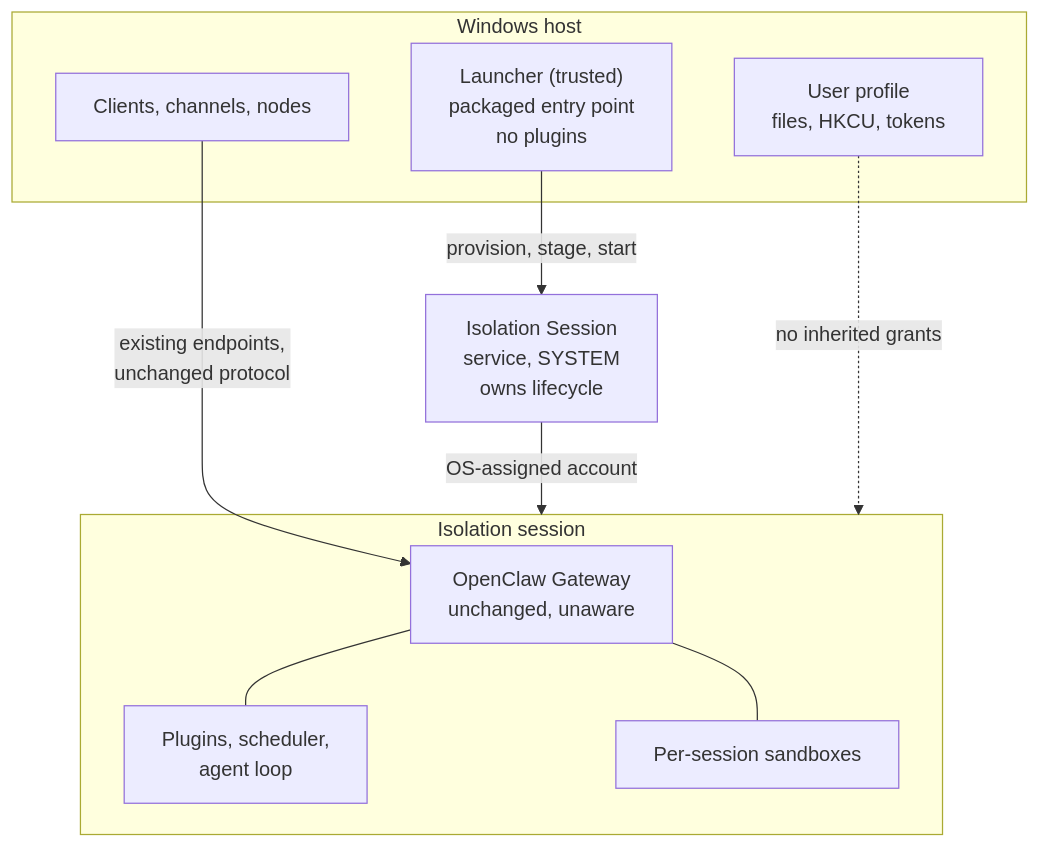
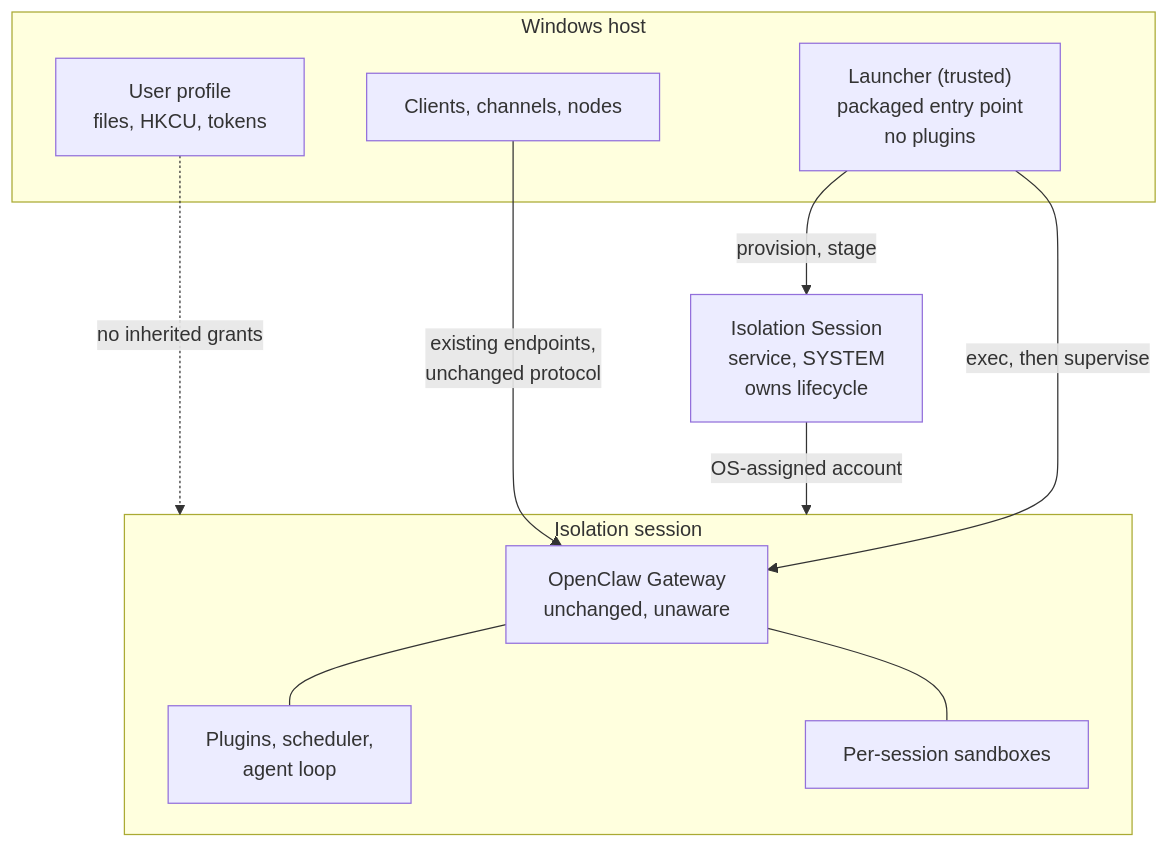
The diagram in rfcs/0032-gateway-containment-windows-isolation-session.md (openclaw/rfcs), drawn with Mermaid before and after one commit. The commit also changed other lines of this file, not shown here.

````diff
--- a/rfcs/0032-gateway-containment-windows-isolation-session.md
+++ b/rfcs/0032-gateway-containment-windows-isolation-session.md
@@ -309,23 +324,24 @@
 ```mermaid
 flowchart TB
   subgraph host["Windows host"]
     user["User profile<br/>files, HKCU, tokens"]
     client["Clients, channels, nodes"]
     launcher["Launcher (trusted)<br/>packaged entry point<br/>no plugins"]
   end
 
   svc["Isolation Session<br/>service, SYSTEM<br/>owns lifecycle"]
 
   subgraph iso["Isolation session"]
     gw["OpenClaw Gateway<br/>unchanged, unaware"]
     plugins["Plugins, scheduler,<br/>agent loop"]
     sb["Per-session sandboxes"]
     gw --- plugins
     gw --- sb
   end
 
-  launcher -->|"provision, stage, start"| svc
+  launcher -->|"provision, stage"| svc
   svc -->|"OS-assigned account"| iso
+  launcher -->|"exec, then supervise"| gw
   client -->|"existing endpoints,<br/>unchanged protocol"| gw
   user -.->|"no inherited grants"| iso
 ```
````
